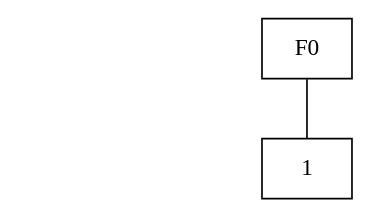
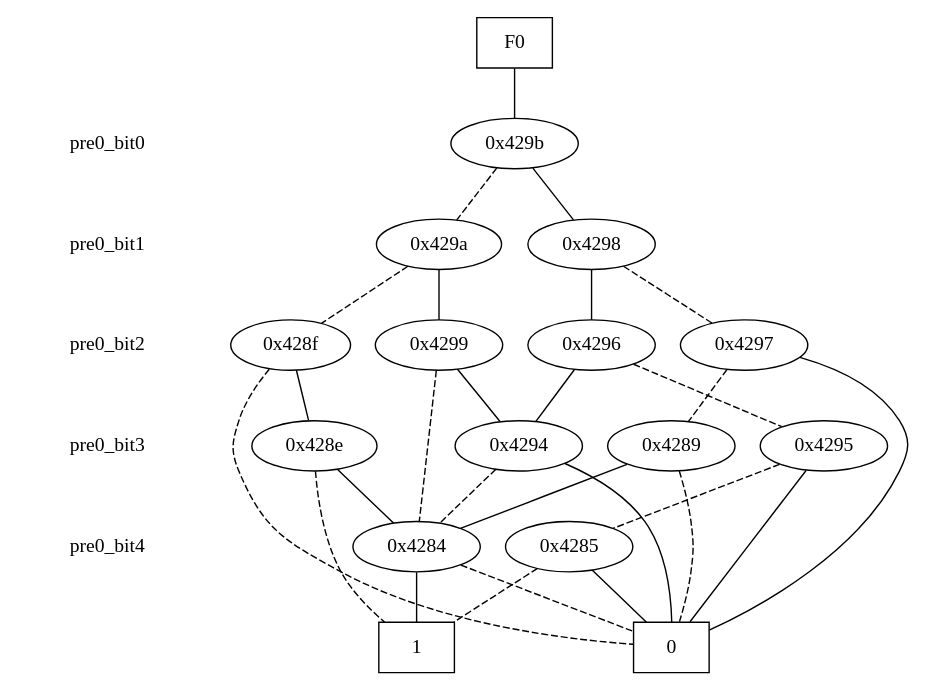
One commit to galvusdamor/downward-hm changed the diagram in current_state.dot. Above: the diagram before and after it, drawn with Graphviz. The commit also changed 11 other files, not shown here.

```diff
--- a/current_state.dot
+++ b/current_state.dot
@@ -1,18 +1,69 @@
 digraph "DD" {
 size = "7.5,10"
 center = true;
 edge [dir = none];
 { node [shape = plaintext];
   edge [style = invis];
   "CONST NODES" [style = invis];
-"CONST NODES"; 
+" pre0_bit0 " -> " pre0_bit1 " -> " pre0_bit2 " -> " pre0_bit3 " -> " pre0_bit4 " -> "CONST NODES"; 
 }
 { rank = same; node [shape = box]; edge [style = invis];
 "F0"; }
+{ rank = same; " pre0_bit0 ";
+"0x429b";
+}
+{ rank = same; " pre0_bit1 ";
+"0x4298";
+"0x429a";
+}
+{ rank = same; " pre0_bit2 ";
+"0x428f";
+"0x4296";
+"0x4297";
+"0x4299";
+}
+{ rank = same; " pre0_bit3 ";
+"0x428e";
+"0x4289";
+"0x4294";
+"0x4295";
+}
+{ rank = same; " pre0_bit4 ";
+"0x4284";
+"0x4285";
+}
 { rank = same; "CONST NODES";
-{ node [shape = box]; "0";
+{ node [shape = box]; "0x3ffa";
+"0x3ff9";
 }
 }
-"F0" -> "0" [style = solid];
-"0" [label = "1"];
+"F0" -> "0x429b" [style = solid];
+"0x429b" -> "0x4298";
+"0x429b" -> "0x429a" [style = dashed];
+"0x4298" -> "0x4296";
+"0x4298" -> "0x4297" [style = dashed];
+"0x429a" -> "0x4299";
+"0x429a" -> "0x428f" [style = dashed];
+"0x428f" -> "0x428e";
+"0x428f" -> "0x3ffa" [style = dashed];
+"0x4296" -> "0x4294";
+"0x4296" -> "0x4295" [style = dashed];
+"0x4297" -> "0x3ffa";
+"0x4297" -> "0x4289" [style = dashed];
+"0x4299" -> "0x4294";
+"0x4299" -> "0x4284" [style = dashed];
+"0x428e" -> "0x4284";
+"0x428e" -> "0x3ff9" [style = dashed];
+"0x4289" -> "0x4284";
+"0x4289" -> "0x3ffa" [style = dashed];
+"0x4294" -> "0x3ffa";
+"0x4294" -> "0x4284" [style = dashed];
+"0x4295" -> "0x3ffa";
+"0x4295" -> "0x4285" [style = dashed];
+"0x4284" -> "0x3ff9";
+"0x4284" -> "0x3ffa" [style = dashed];
+"0x4285" -> "0x3ffa";
+"0x4285" -> "0x3ff9" [style = dashed];
+"0x3ffa" [label = "0"];
+"0x3ff9" [label = "1"];
 }
```
